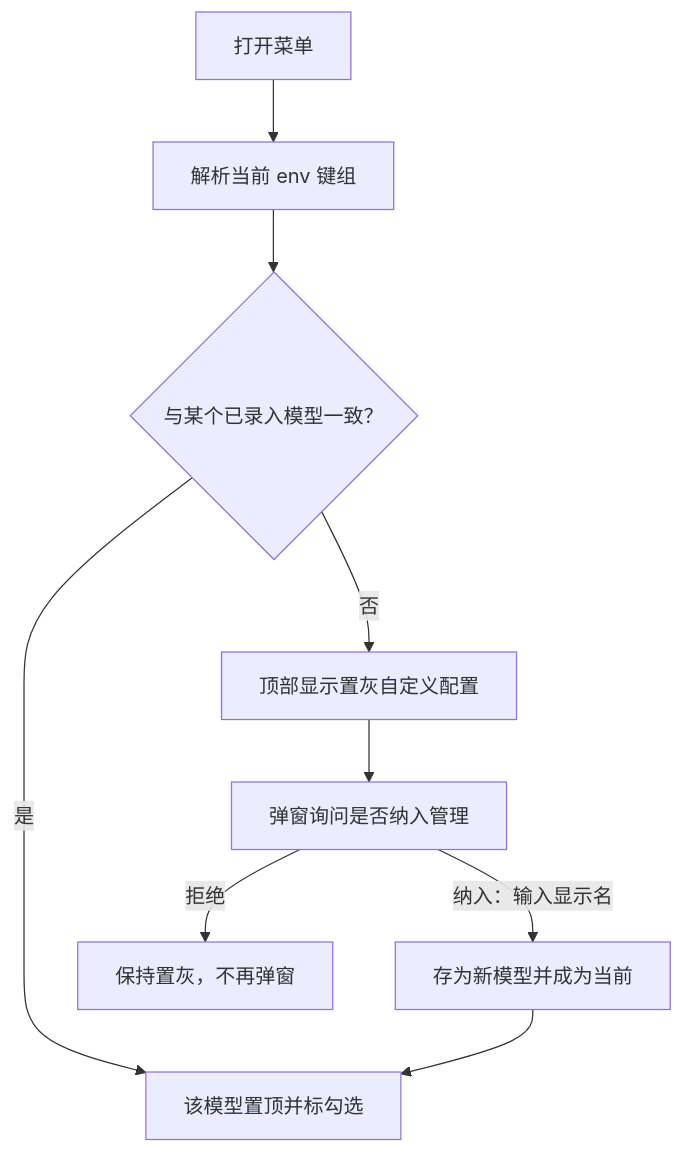
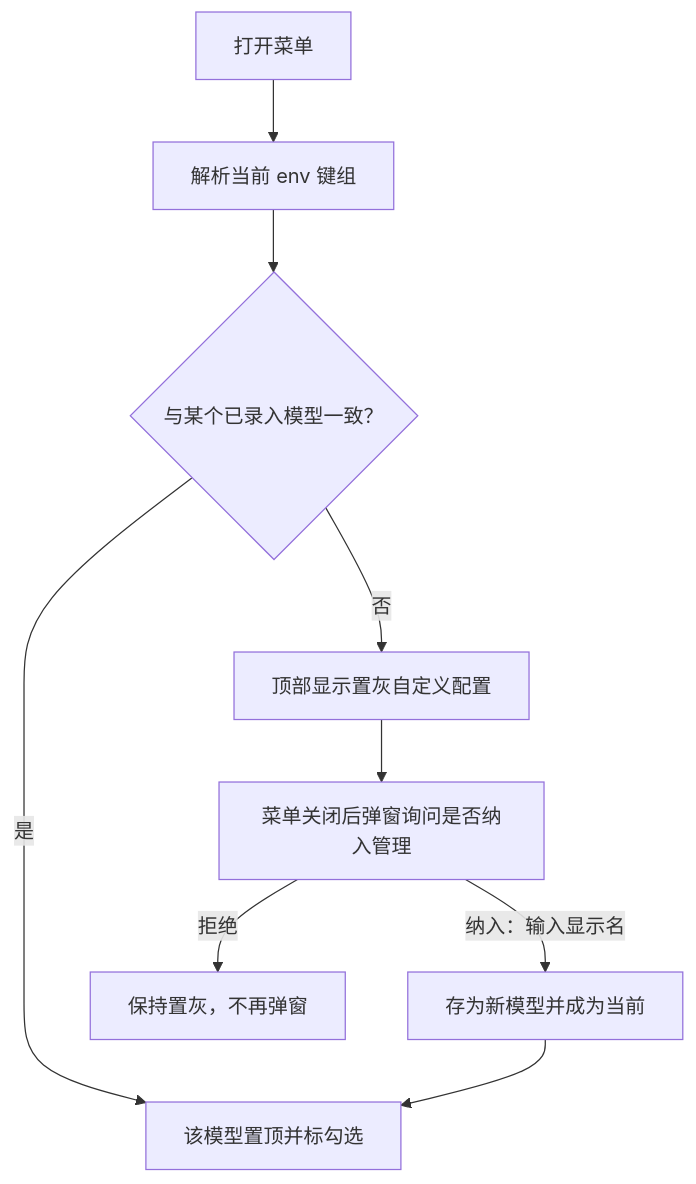
The second of 3 diagrams in docs/superpowers/specs/2026-11-04-cc-model/design.md (chuxiao/cc-models), drawn with Mermaid before and after one commit. The commit also changed other lines of this file, not shown here.

````diff
--- a/docs/superpowers/specs/2026-11-04-cc-model/design.md
+++ b/docs/superpowers/specs/2026-11-04-cc-model/design.md
@@ -99,11 +99,11 @@
 ```mermaid
 flowchart TD
     A["打开菜单"] --> B["解析当前 env 键组"]
     B --> C{"与某个已录入模型一致？"}
     C -->|"是"| D["该模型置顶并标勾选"]
     C -->|"否"| E["顶部显示置灰自定义配置"]
-    E --> F["弹窗询问是否纳入管理"]
+    E --> F["菜单关闭后弹窗询问是否纳入管理"]
     F -->|"纳入：输入显示名"| G["存为新模型并成为当前"]
     F -->|"拒绝"| H["保持置灰，不再弹窗"]
     G --> D
 ```
````
